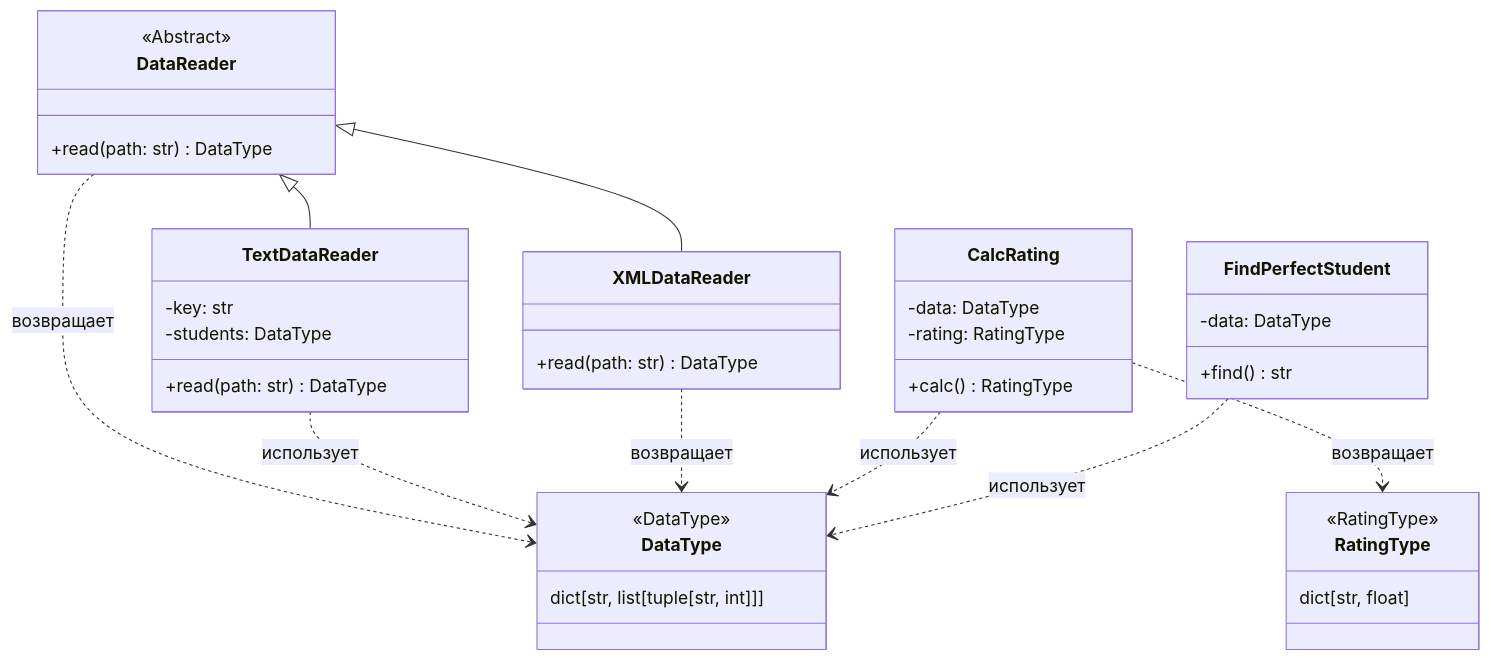
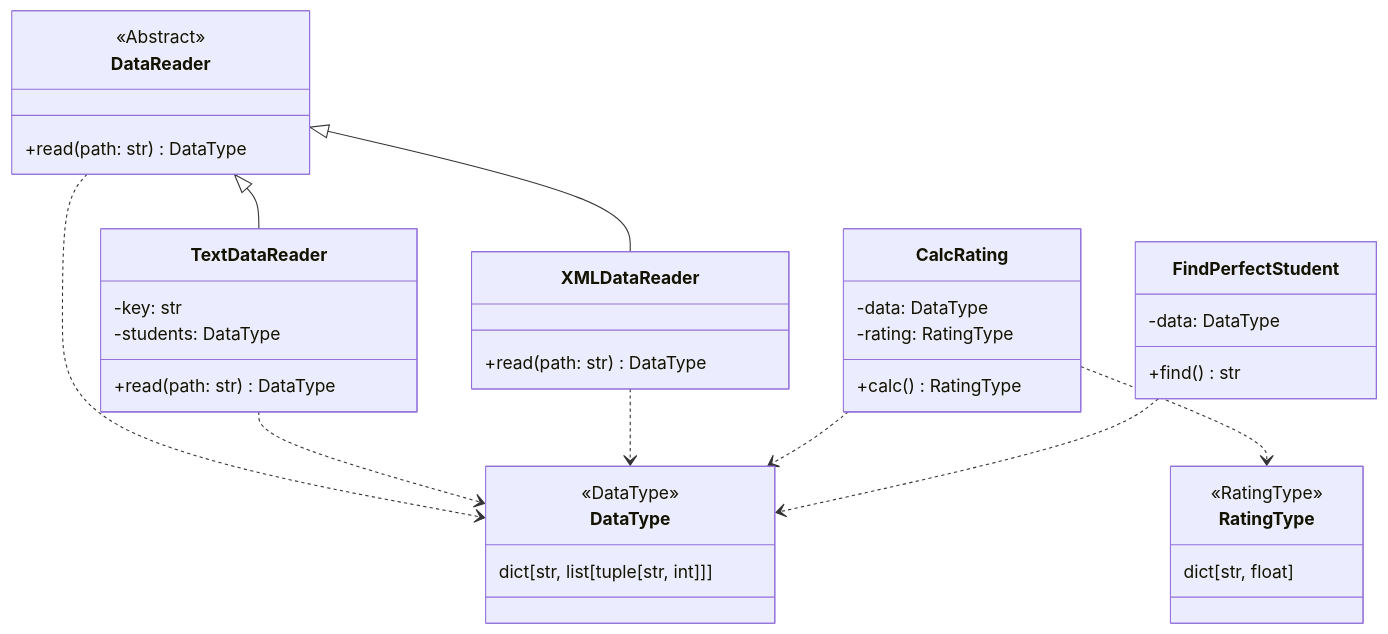
One commit to curlykit/PTLab1 changed the diagram in README.md. Above: the diagram before and after it, drawn with Mermaid.

Commit message:
Диаграмма

````diff
--- a/README.md
+++ b/README.md
@@ -14,53 +14,53 @@
 ```mermaid
 classDiagram
     %% Типы данных
     class DataType {
         <<DataType>>
         dict[str, list[tuple[str, int]]]
     }
     
     class RatingType {
         <<RatingType>>
         dict[str, float]
     }
 
     %% Абстрактный класс и его реализации
     class DataReader {
         <<Abstract>>
         +read(path: str) DataType
     }
     
     class TextDataReader {
         -key: str
         -students: DataType
         +read(path: str) DataType
     }
     
     class XMLDataReader {
         +read(path: str) DataType
     }
     
     %% Классы для вычислений
     class CalcRating {
         -data: DataType
         -rating: RatingType
         +calc() RatingType
     }
     
     class FindPerfectStudent {
         -data: DataType
         +find() str
     }
 
     %% Связи наследования
     DataReader <|-- TextDataReader
     DataReader <|-- XMLDataReader
 
     %% Связи использования (зависимости)
-    DataReader ..> DataType : возвращает
-    TextDataReader ..> DataType : использует
-    XMLDataReader ..> DataType : возвращает
-    CalcRating ..> DataType : использует
-    CalcRating ..> RatingType : возвращает
-    FindPerfectStudent ..> DataType : использует
+    DataReader ..> DataType
+    TextDataReader ..> DataType
+    XMLDataReader ..> DataType
+    CalcRating ..> DataType
+    CalcRating ..> RatingType
+    FindPerfectStudent ..> DataType
 ```
````
